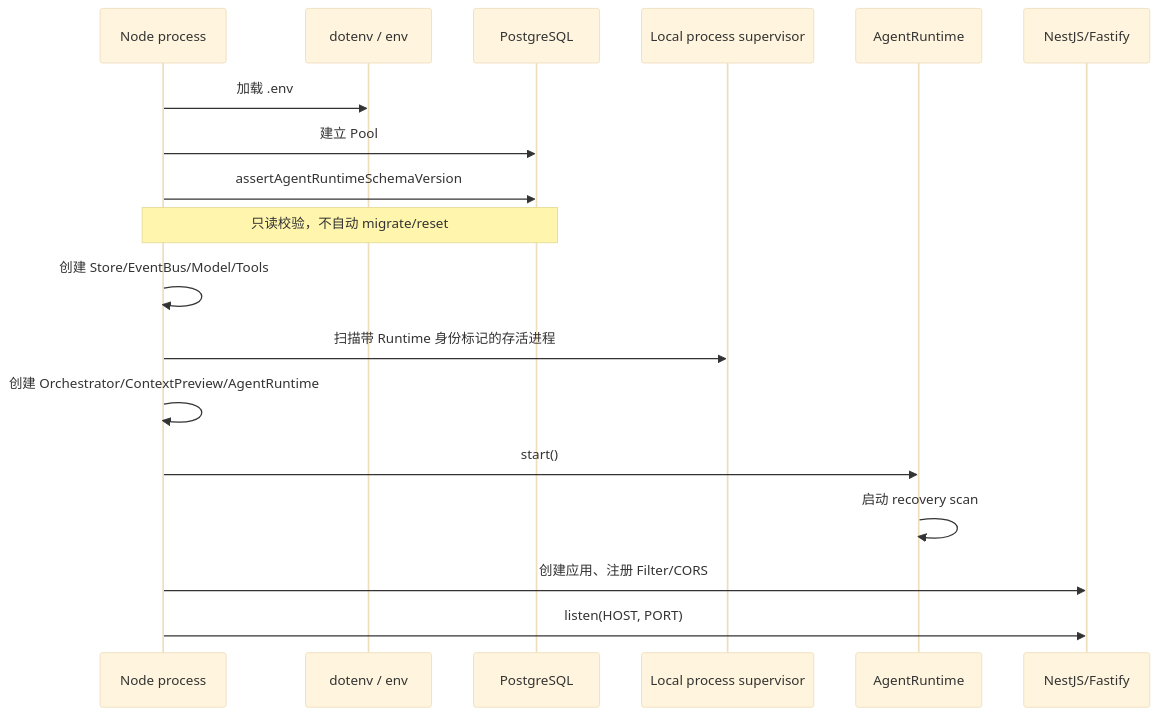
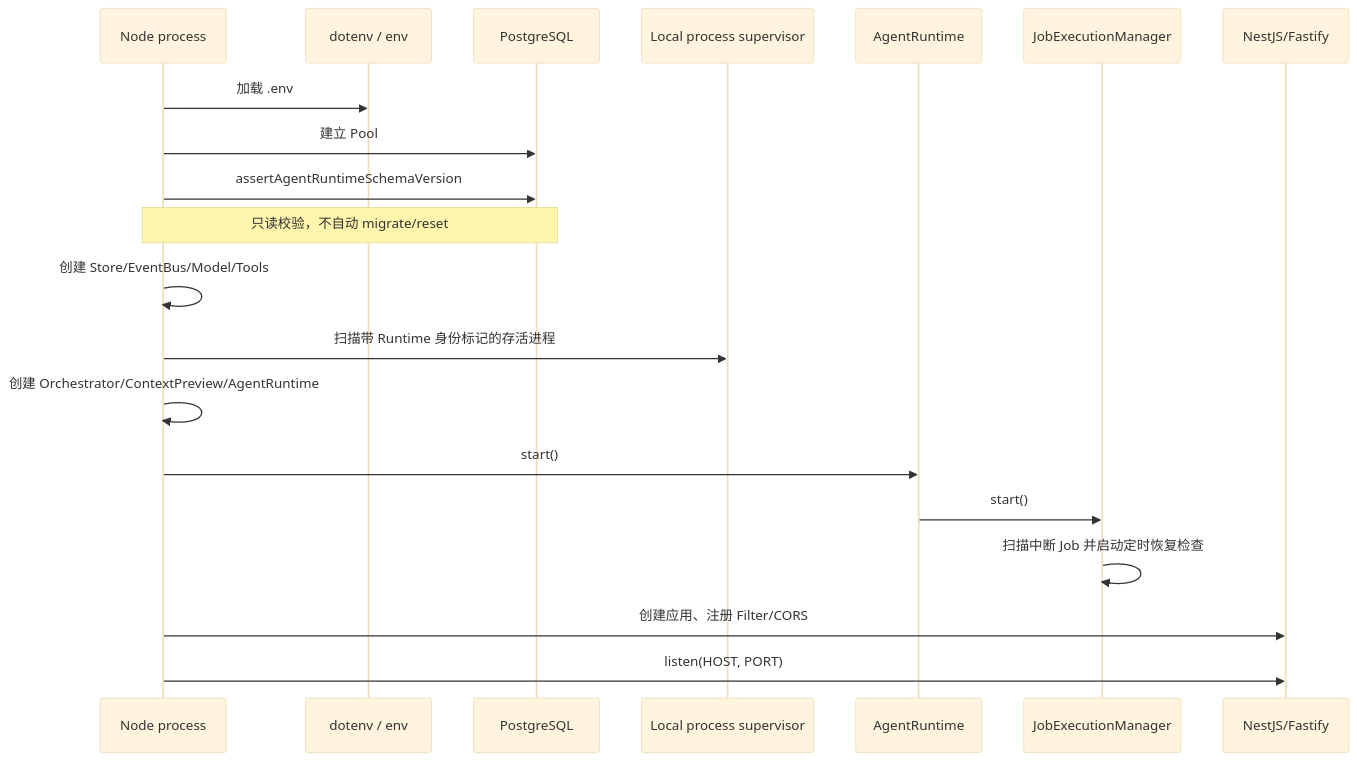
Before and after one commit to lucyonegit/agent-runtime-v2: the second of 13 diagrams in docs/00-current-runtime-full-chain.md, drawn with Mermaid (base theme). The commit also changed other lines of this file and 17 other files, not shown here.

```diff
--- a/docs/00-current-runtime-full-chain.md
+++ b/docs/00-current-runtime-full-chain.md
@@ -188,21 +200,23 @@
 ~~~mermaid
 sequenceDiagram
     participant P as Node process
     participant ENV as dotenv / env
     participant DB as PostgreSQL
     participant PS as Local process supervisor
     participant RT as AgentRuntime
+    participant JEM as JobExecutionManager
     participant HTTP as NestJS/Fastify
 
     P->>ENV: 加载 .env
     P->>DB: 建立 Pool
     P->>DB: assertAgentRuntimeSchemaVersion
     Note over P,DB: 只读校验，不自动 migrate/reset
     P->>P: 创建 Store/EventBus/Model/Tools
     P->>PS: 扫描带 Runtime 身份标记的存活进程
     P->>P: 创建 Orchestrator/ContextPreview/AgentRuntime
     P->>RT: start()
-    RT->>RT: 启动 recovery scan
+    RT->>JEM: start()
+    JEM->>JEM: 扫描中断 Job 并启动定时恢复检查
     P->>HTTP: 创建应用、注册 Filter/CORS
     P->>HTTP: listen(HOST, PORT)
 ~~~
```
